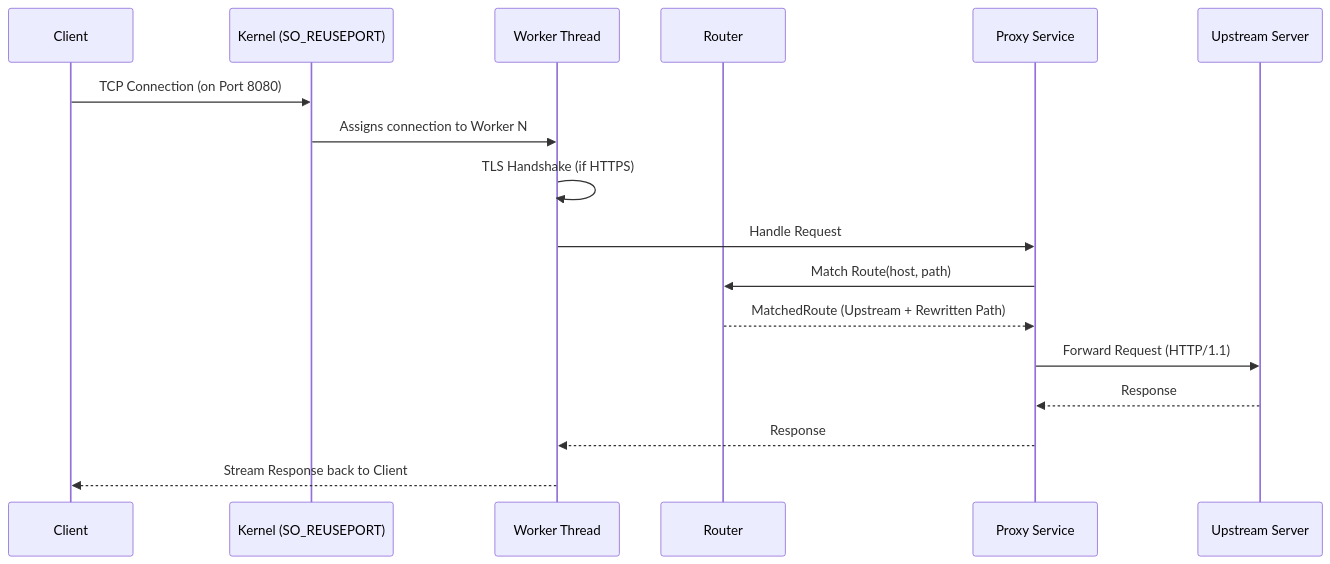
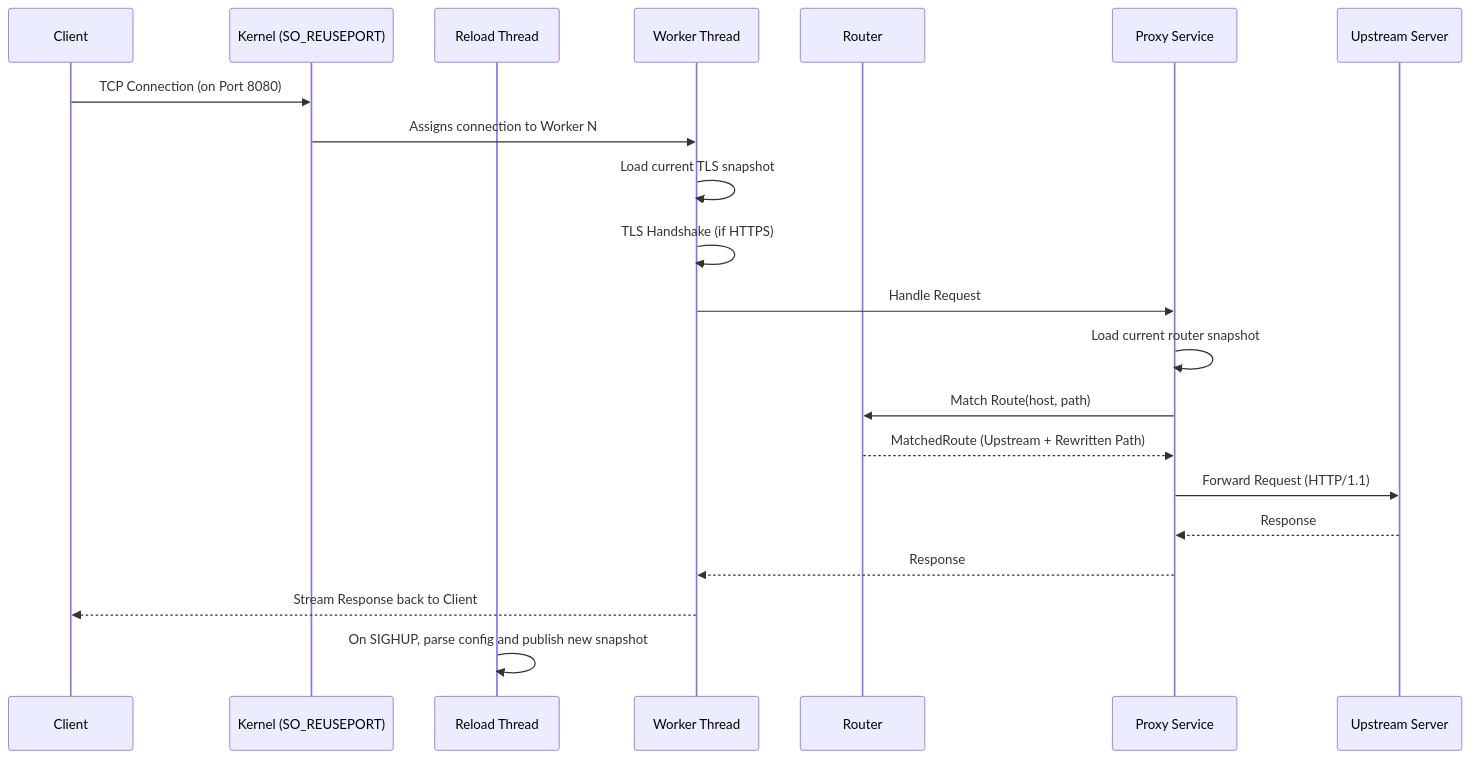
One commit to HughStanway/Barebones-Reverse-Proxy changed the diagram in docs/architecture.md. Above: the diagram before and after it, drawn with Mermaid. The commit also changed other lines of this file and 3 other files, not shown here.

````diff
--- a/docs/architecture.md
+++ b/docs/architecture.md
@@ -19,20 +20,24 @@
 ```mermaid
 sequenceDiagram
     participant C as Client
     participant K as Kernel (SO_REUSEPORT)
+    participant S as Reload Thread
     participant W as Worker Thread
     participant R as Router
     participant P as Proxy Service
     participant U as Upstream Server
 
     C->>K: TCP Connection (on Port 8080)
     K->>W: Assigns connection to Worker N
+    W->>W: Load current TLS snapshot
     W->>W: TLS Handshake (if HTTPS)
     W->>P: Handle Request
+    P->>P: Load current router snapshot
     P->>R: Match Route(host, path)
     R-->>P: MatchedRoute (Upstream + Rewritten Path)
     P->>U: Forward Request (HTTP/1.1)
     U-->>P: Response
     P-->>W: Response
     W-->>C: Stream Response back to Client
+    S->>S: On SIGHUP, parse config and publish new snapshot
 ```
````
